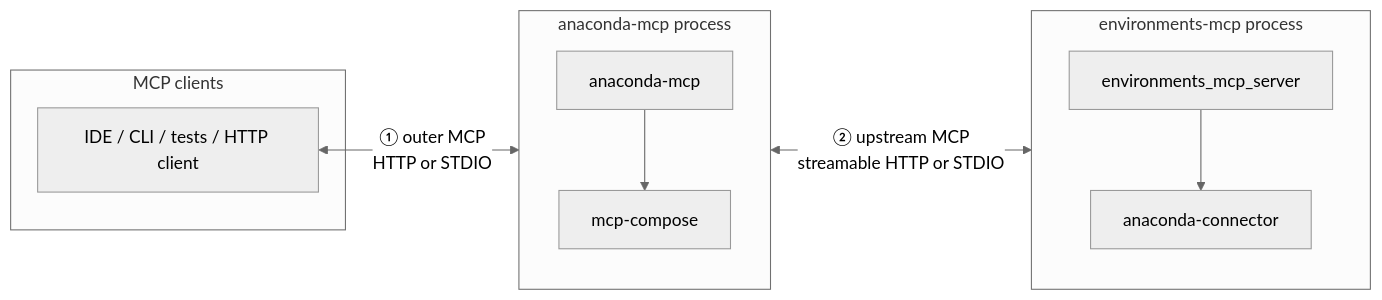
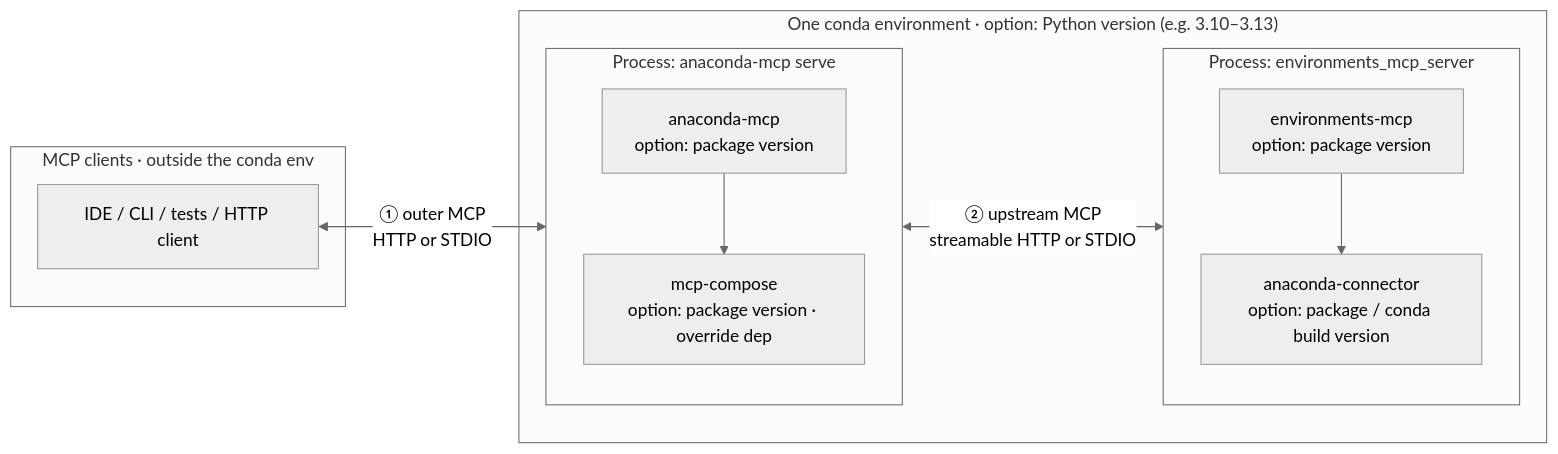
One commit to anaconda/anaconda-mcp changed the diagram in tests/qa/mcp_tools/_docs/test_design.md. Above: the diagram before and after it, drawn with Mermaid (neutral theme). The commit also changed other lines of this file, not shown here.

````diff
--- a/tests/qa/mcp_tools/_docs/test_design.md
+++ b/tests/qa/mcp_tools/_docs/test_design.md
@@ -33,23 +22,26 @@
 ```mermaid
 flowchart LR
-  subgraph clients["MCP clients"]
+  subgraph clients["MCP clients · outside the conda env"]
     CL["IDE / CLI / tests / HTTP client"]
   end
 
-  subgraph amp["anaconda-mcp process"]
-    direction TB
-    AM["anaconda-mcp"]
-    MC["mcp-compose"]
-    AM --> MC
-  end
+  subgraph cenv["One conda environment · option: Python version (e.g. 3.10–3.13)"]
+    subgraph amp["Process: anaconda-mcp serve"]
+      direction TB
+      AM["anaconda-mcp<br/>option: package version"]
+      MC["mcp-compose<br/>option: package version · override dep"]
+      AM --> MC
+    end
 
-  subgraph ems["environments-mcp process"]
-    direction TB
-    EM["environments_mcp_server"]
-    AC["anaconda-connector"]
-    EM --> AC
+    subgraph ems["Process: environments_mcp_server"]
+      direction TB
+      EM["environments-mcp<br/>option: package version"]
+      AC["anaconda-connector<br/>option: package / conda build version"]
+      EM --> AC
+    end
+
+    MC <-->|"② upstream MCP<br/>streamable HTTP or STDIO"| EM
   end
 
   CL <-->|"① outer MCP<br/>HTTP or STDIO"| AM
-  MC <-->|"② upstream MCP<br/>streamable HTTP or STDIO"| EM
 ```
````
